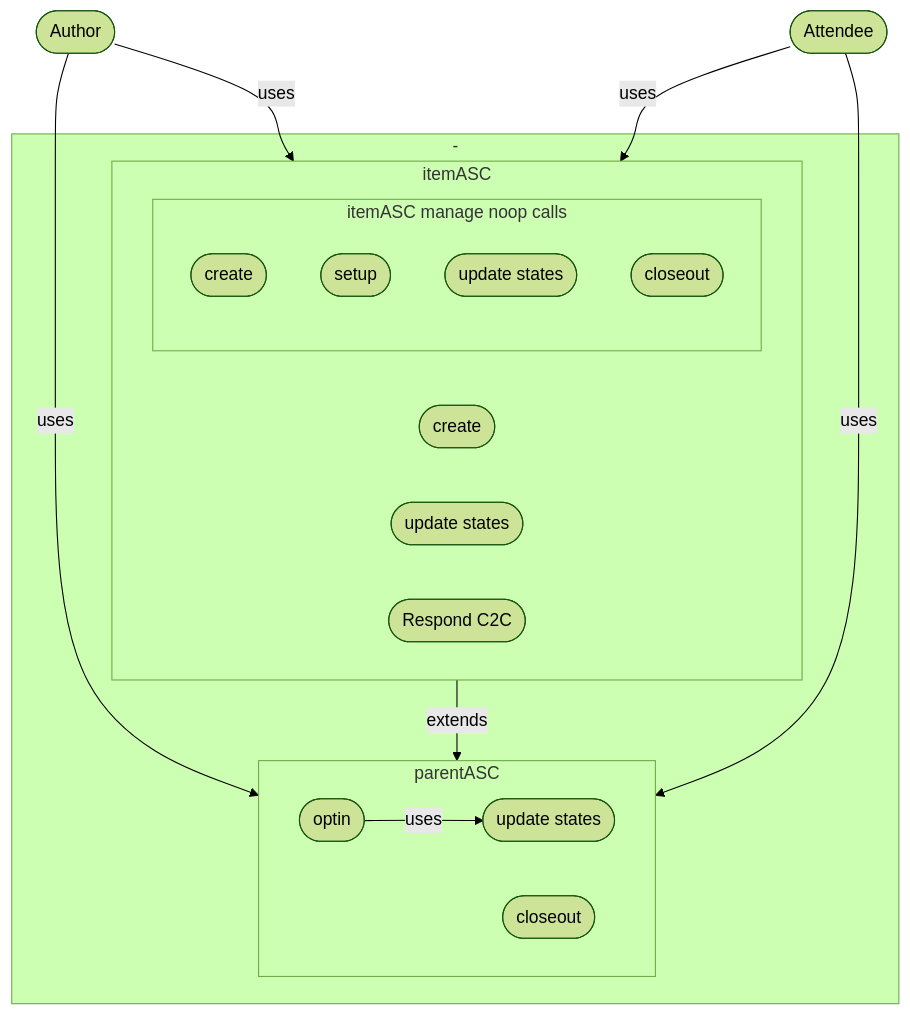
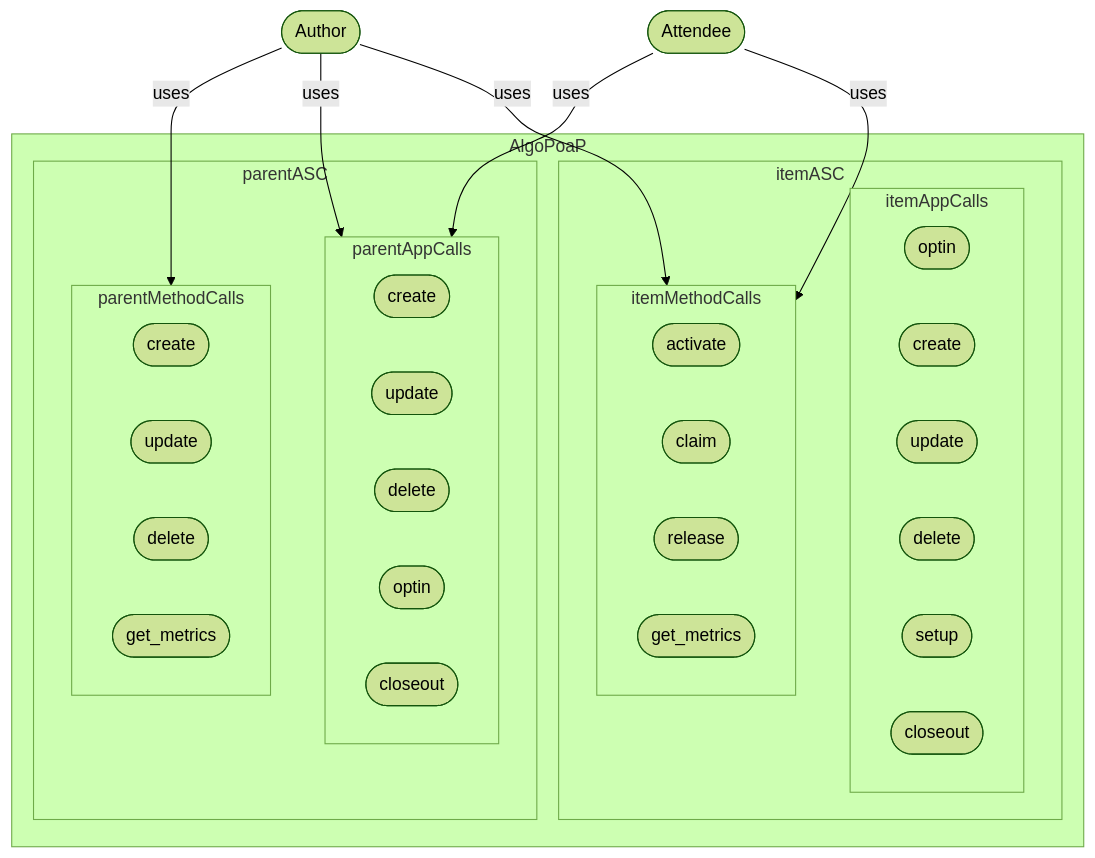
The sixth of 10 diagrams in profile/README.md (GoPlausible/.github), drawn with Mermaid (forest theme) before and after one commit. The commit also changed other lines of this file, not shown here.

````diff
--- a/profile/README.md
+++ b/profile/README.md
@@ -204,36 +204,55 @@
 ```mermaid
   flowchart TB
-    id1([Author]) --uses--> parentASC
-    id1([Author]) --uses--> itemASC
-    id2([Attendee]) --uses--> itemASC 
-    id2([Attendee]) --uses--> parentASC 
 
-    subgraph -
+    id1([Author]) --uses--> parentMethodCalls
+    id1([Author]) --uses--> parentAppCalls
+    id1([Author]) --uses--> itemMethodCalls
+    
 
+    id2([Attendee]) --uses--> parentAppCalls 
+    id2([Attendee]) --uses--> itemMethodCalls 
+  
+
+    subgraph AlgoPoaP
+      
       subgraph parentASC
-      id6([optin])--uses-->id7([update states]) 
-      
-      id9([closeout])
+        subgraph parentAppCalls
+        id3([create]) 
+        id4([update]) 
+        id5([delete]) 
+        id6([setup]) 
+        id6([optin]) 
+        id7([closeout]) 
+        end
+        subgraph parentMethodCalls
+        id8([create]) 
+        id9([update]) 
+        id10([delete]) 
+        id11([get_metrics]) 
+        end
       end
       subgraph itemASC
-        subgraph itemASC manage noop calls
-        id81([create]) 
-        id811([update]) 
-        id811([delete]) 
-        id811([setup]) 
         
-        id101([update states])
-        id911([closeout]) 
+        
+        subgraph itemAppCalls
+        id12([optin])
+        id13([create]) 
+        id14([update]) 
+        id15([delete]) 
+        id16([setup]) 
+        id17([closeout]) 
         end
-      id8([create]) 
-      id9([optin]) 
-      id10([update states])
-      id13([Respond C2C])
-      id9([closeout]) 
+        subgraph itemMethodCalls
+        id18([activate]) 
+        id19([claim]) 
+        id20([release]) 
+        id21([get_metrics]) 
+        end
       end
+      
     end 
    
-
-    itemASC --extends--> parentASC
+    
+    
 
 ```
````
